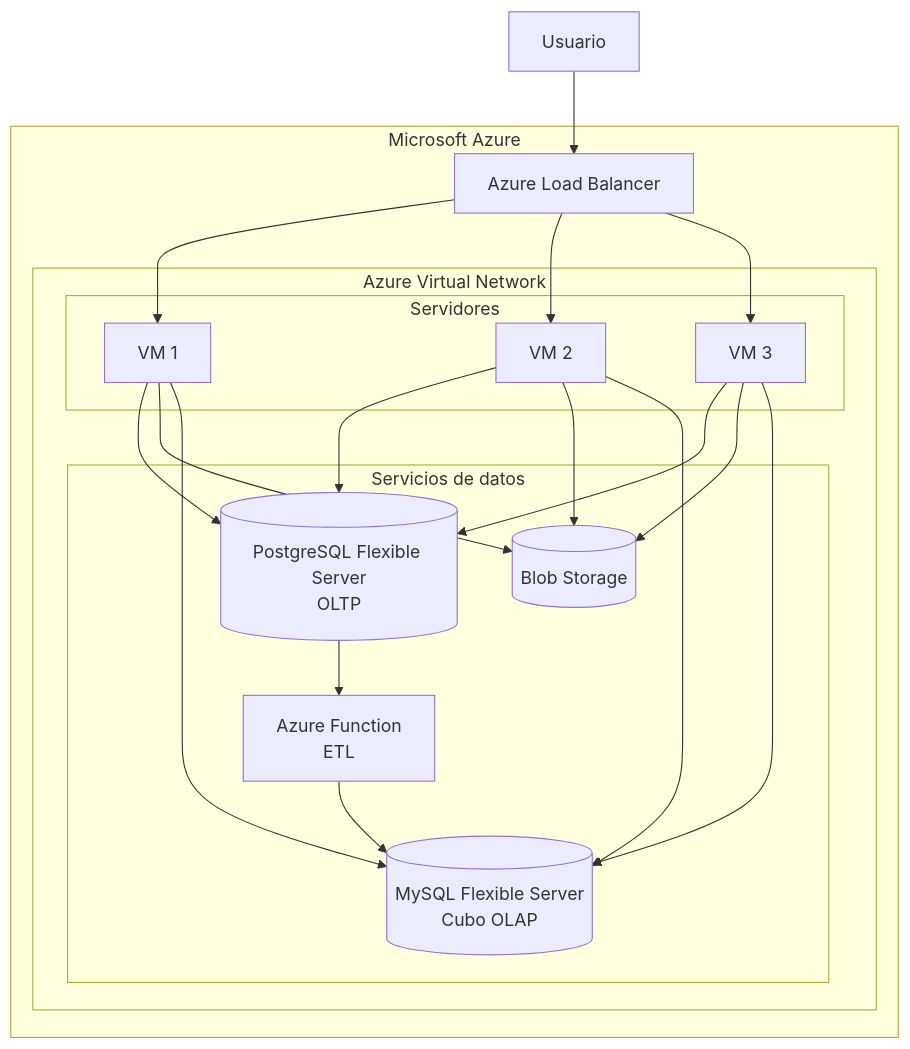
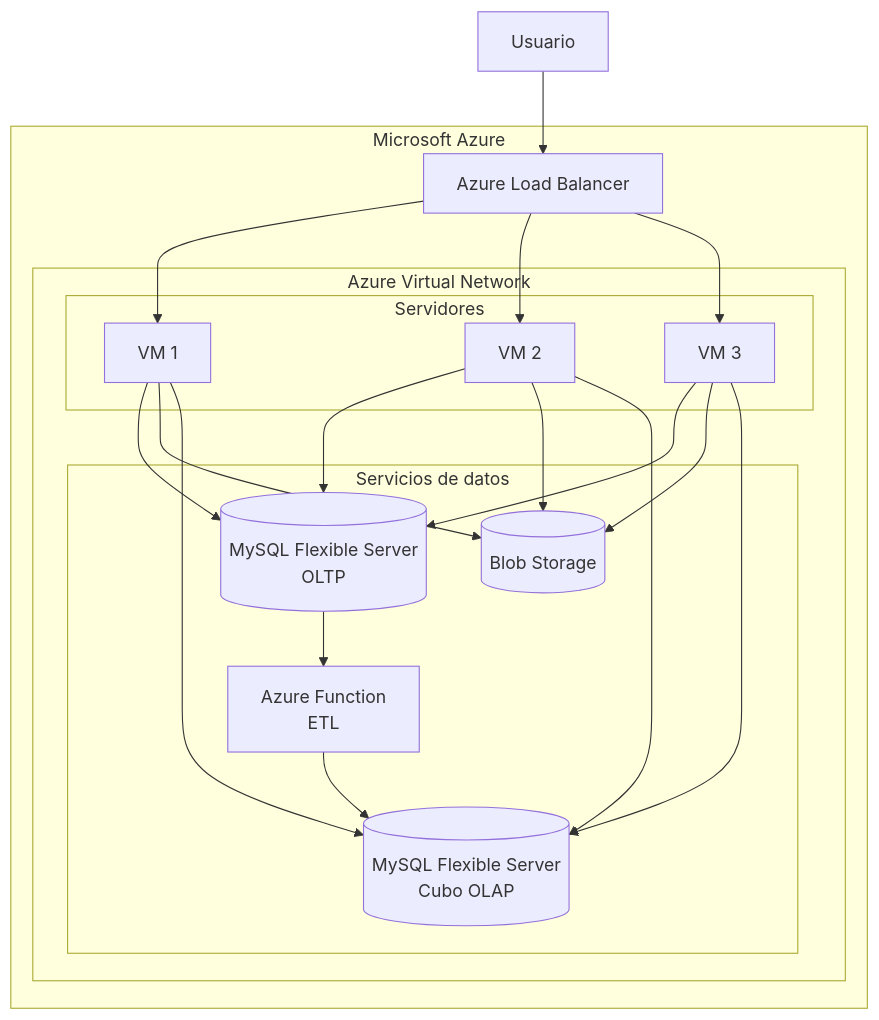
The diagram in docs/Arquitectura_nube.md (gamerOZZY/CloudSAE), drawn with Mermaid before and after one commit. The commit also changed other lines of this file and 1 other file, not shown here.

Commit message:
resolucion de problema

````diff
--- a/docs/Arquitectura_nube.md
+++ b/docs/Arquitectura_nube.md
@@ -13,48 +13,48 @@
 ```mermaid
 flowchart TB
     User[Usuario]
     
     subgraph Azure ["Microsoft Azure"]
         LB[Azure Load Balancer]
         
         subgraph VNet ["Azure Virtual Network"]
             
             subgraph WebSubnet ["Servidores"]
                 VM1[VM 1]
                 VM2[VM 2]
                 VM3[VM 3]
             end
             
             subgraph DataSubnet ["Servicios de datos"]
-                DB[(PostgreSQL Flexible Server<br/>OLTP)]
+                DB[(MySQL Flexible Server<br/>OLTP)]
                 BS[(Blob Storage)]
                 ETL[Azure Function<br/>ETL]
                 OLAP[(MySQL Flexible Server<br/>Cubo OLAP)]
             end
             
         end
     end
 
     User --> LB
 
     LB --> VM1
     LB --> VM2
     LB --> VM3
 
     VM1 --> DB
     VM2 --> DB
     VM3 --> DB
 
     VM1 --> BS
     VM2 --> BS
     VM3 --> BS
 
     %% ETL
     DB --> ETL
     ETL --> OLAP
 
     %% Consultas analíticas
     VM1 --> OLAP
     VM2 --> OLAP
     VM3 --> OLAP
 ```
````
